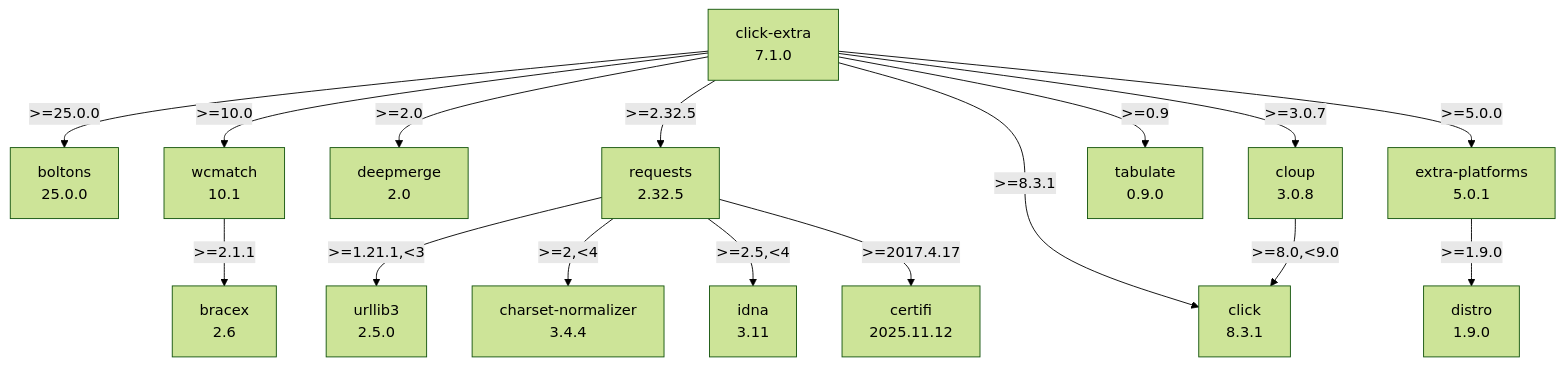
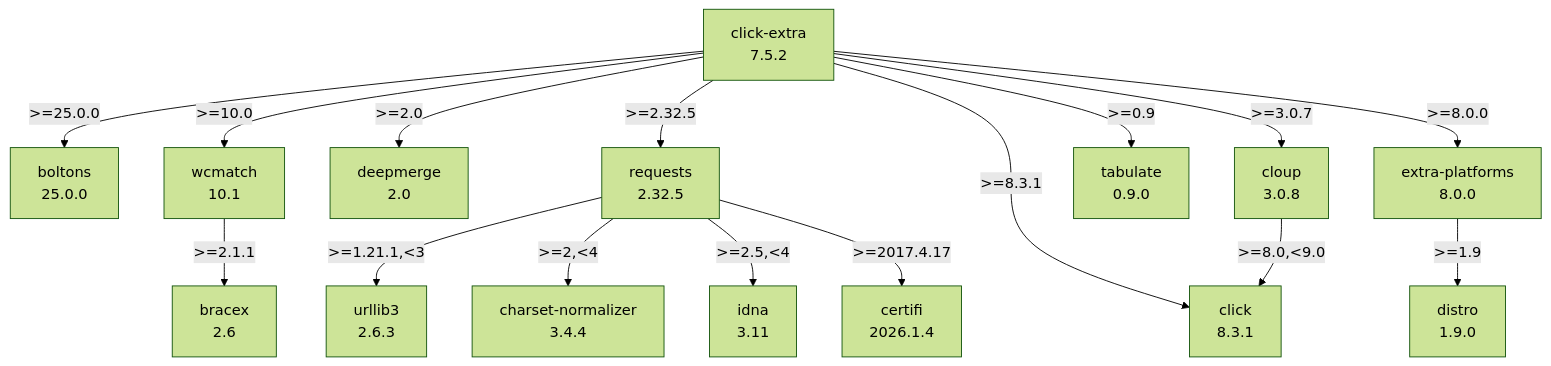
The diagram in docs/assets/dependencies.mmd (kdeldycke/click-extra), drawn with Mermaid (forest theme) before and after one commit.

Commit message:
[autofix] Regenerate dependency graph

```diff
--- a/docs/assets/dependencies.mmd
+++ b/docs/assets/dependencies.mmd
@@ -1,32 +1,32 @@
 flowchart TD
     classDef missing stroke-dasharray: 5
     boltons["boltons\n25.0.0"]
     bracex["bracex\n2.6"]
-    certifi["certifi\n2025.11.12"]
+    certifi["certifi\n2026.1.4"]
     charset-normalizer["charset-normalizer\n3.4.4"]
-    click-extra["click-extra\n7.1.0"]
+    click-extra["click-extra\n7.5.2"]
     click_0["click\n8.3.1"]
     cloup["cloup\n3.0.8"]
     deepmerge["deepmerge\n2.0"]
     distro["distro\n1.9.0"]
-    extra-platforms["extra-platforms\n5.0.1"]
+    extra-platforms["extra-platforms\n8.0.0"]
     idna["idna\n3.11"]
     requests["requests\n2.32.5"]
     tabulate["tabulate\n0.9.0"]
-    urllib3["urllib3\n2.5.0"]
+    urllib3["urllib3\n2.6.3"]
     wcmatch["wcmatch\n10.1"]
     click-extra -- ">=0.9" --> tabulate
     click-extra -- ">=10.0" --> wcmatch
     click-extra -- ">=2.0" --> deepmerge
     click-extra -- ">=2.32.5" --> requests
     click-extra -- ">=25.0.0" --> boltons
     click-extra -- ">=3.0.7" --> cloup
-    click-extra -- ">=5.0.0" --> extra-platforms
+    click-extra -- ">=8.0.0" --> extra-platforms
     click-extra -- ">=8.3.1" --> click_0
     cloup -- ">=8.0,<9.0" --> click_0
-    extra-platforms -- ">=1.9.0" --> distro
+    extra-platforms -- ">=1.9" --> distro
     requests -- ">=1.21.1,<3" --> urllib3
     requests -- ">=2,<4" --> charset-normalizer
     requests -- ">=2.5,<4" --> idna
     requests -- ">=2017.4.17" --> certifi
     wcmatch -- ">=2.1.1" --> bracex
```
